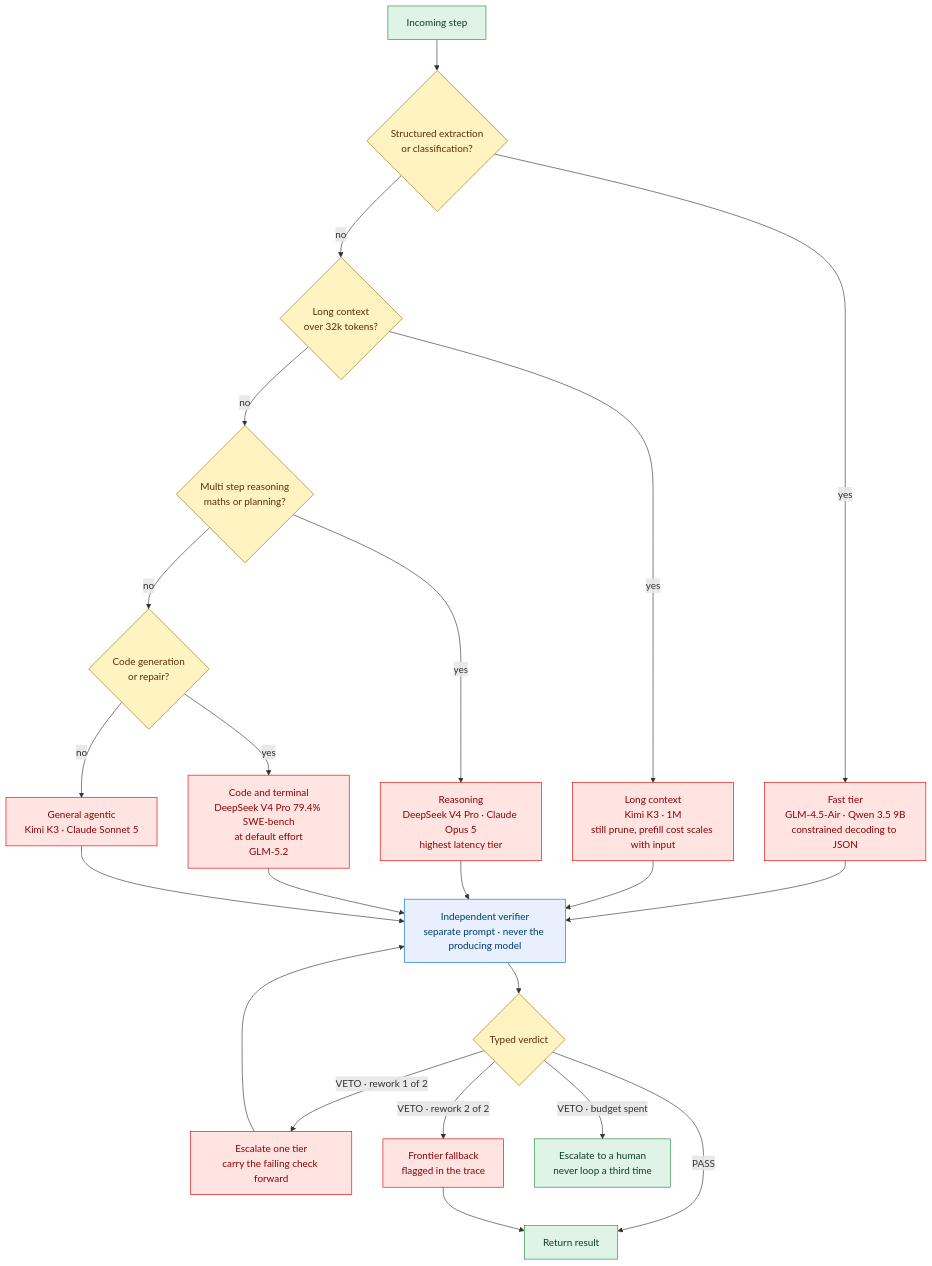
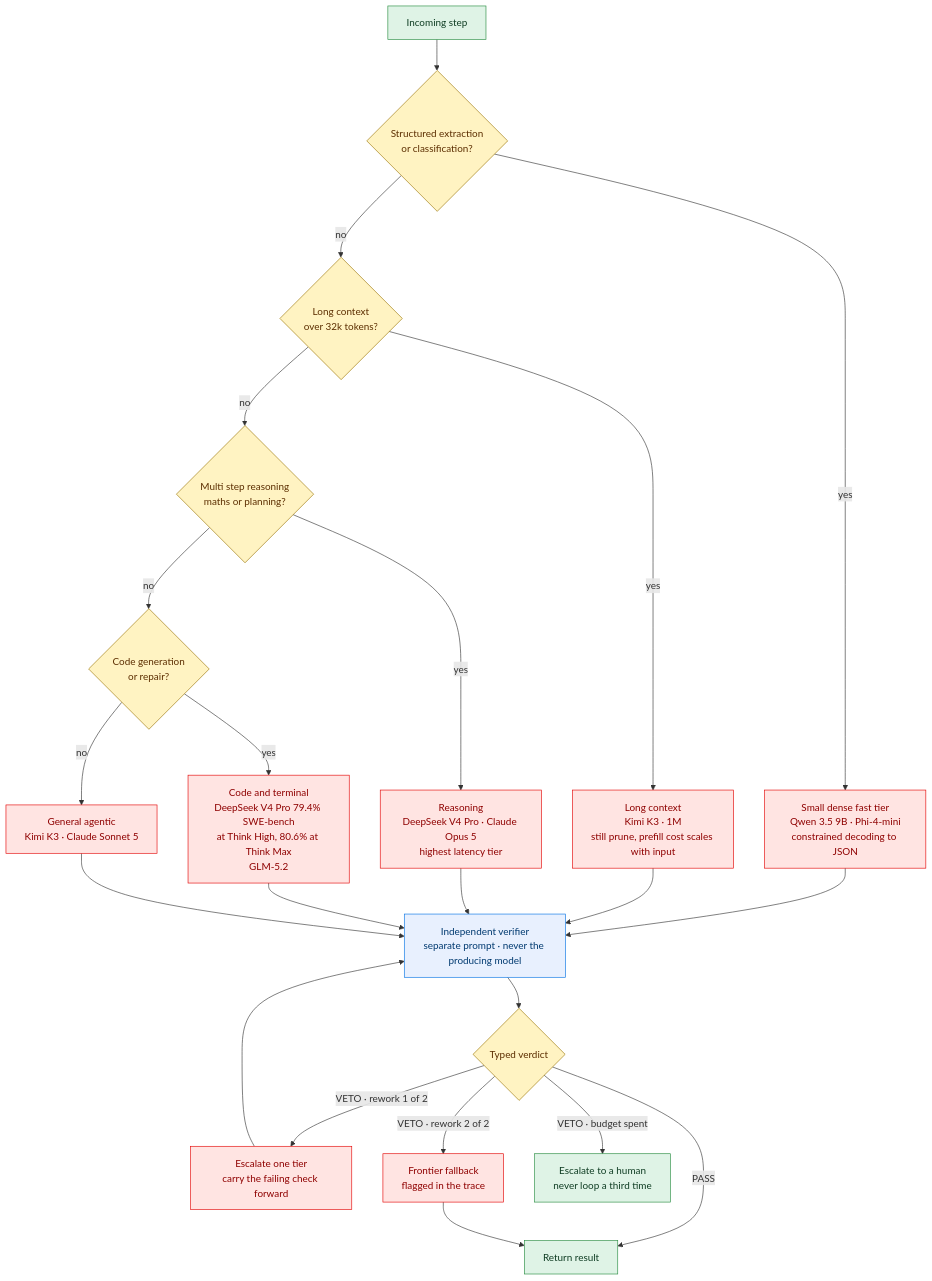
Before and after one commit to mlvpatel/open-weight-agent-stack: the seventh of 20 diagrams in MANUAL.md, drawn with Mermaid. The commit also changed other lines of this file and 56 other files, not shown here.

````diff
--- a/MANUAL.md
+++ b/MANUAL.md
@@ -649,36 +690,36 @@
 ```mermaid
 flowchart TB
     S["Incoming step"] --> C1{"Structured extraction<br/>or classification?"}
-    C1 -->|yes| SMALL["Fast tier<br/>GLM-4.5-Air · Qwen 3.5 9B<br/>constrained decoding to JSON"]
+    C1 -->|yes| SMALL["Small dense fast tier<br/>Qwen 3.5 9B · Phi-4-mini<br/>constrained decoding to JSON"]
     C1 -->|no| C2{"Long context<br/>over 32k tokens?"}
     C2 -->|yes| LONG["Long context<br/>Kimi K3 · 1M<br/>still prune, prefill cost scales with input"]
     C2 -->|no| C3{"Multi step reasoning<br/>maths or planning?"}
     C3 -->|yes| REASON["Reasoning<br/>DeepSeek V4 Pro · Claude Opus 5<br/>highest latency tier"]
     C3 -->|no| C4{"Code generation<br/>or repair?"}
-    C4 -->|yes| CODE["Code and terminal<br/>DeepSeek V4 Pro 79.4% SWE-bench<br/>at default effort<br/>GLM-5.2"]
+    C4 -->|yes| CODE["Code and terminal<br/>DeepSeek V4 Pro 79.4% SWE-bench<br/>at Think High, 80.6% at Think Max<br/>GLM-5.2"]
     C4 -->|no| GEN["General agentic<br/>Kimi K3 · Claude Sonnet 5"]
 
     SMALL --> V["Independent verifier<br/>separate prompt · never the producing model"]
     LONG --> V
     REASON --> V
     CODE --> V
     GEN --> V
 
     V --> Q{"Typed verdict"}
     Q -->|PASS| OUT["Return result"]
     Q -->|VETO · rework 1 of 2| UP["Escalate one tier<br/>carry the failing check forward"]
     UP --> V
     Q -->|VETO · rework 2 of 2| CLOUD["Frontier fallback<br/>flagged in the trace"]
     CLOUD --> OUT
     Q -->|VETO · budget spent| ESC["Escalate to a human<br/>never loop a third time"]
 
     classDef decision fill:#fff3c2,stroke:#997404,color:#5c2e00
     classDef model fill:#ffe4e2,stroke:#e30000,color:#8f0000
     classDef out fill:#dff3e6,stroke:#248a3d,color:#0f3d23
     classDef check fill:#e8f0fe,stroke:#0071e3,color:#003a70
 
     class C1,C2,C3,C4,Q decision
     class SMALL,LONG,REASON,CODE,GEN,UP,CLOUD model
     class V check
     class S,OUT,ESC out
 ```
````
